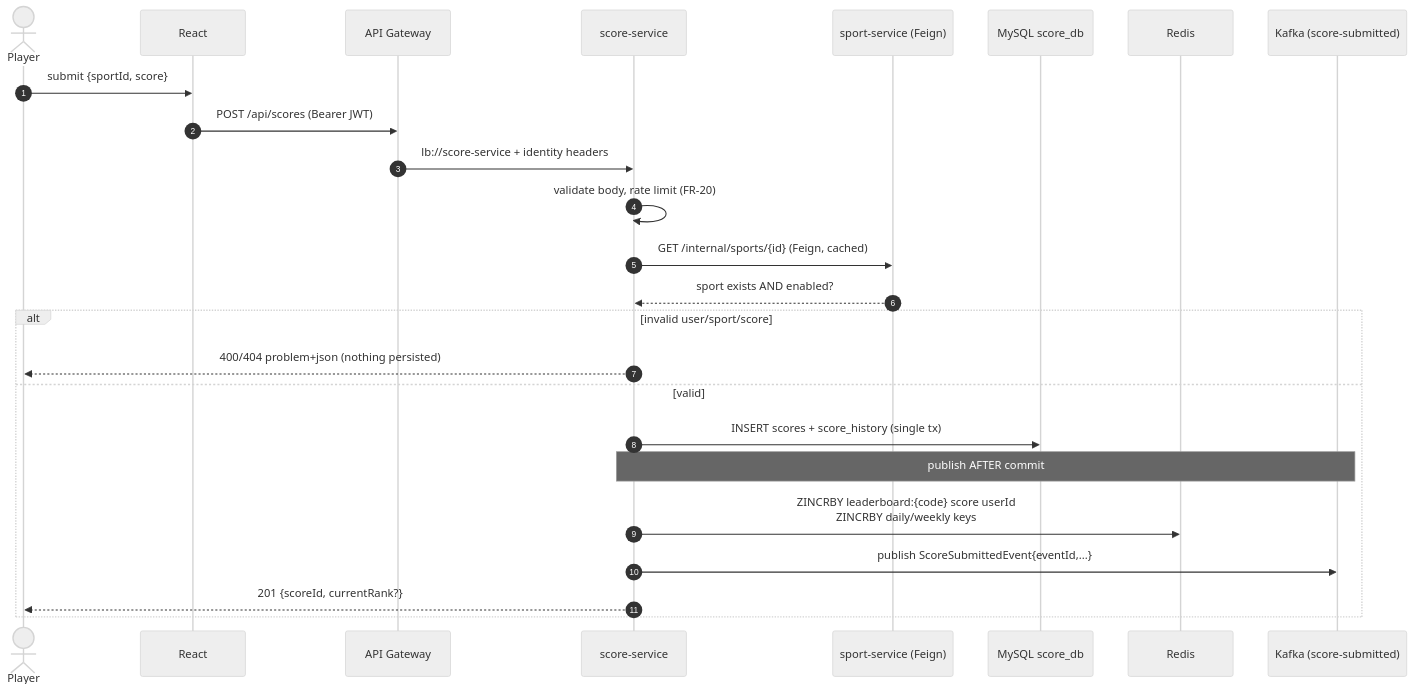
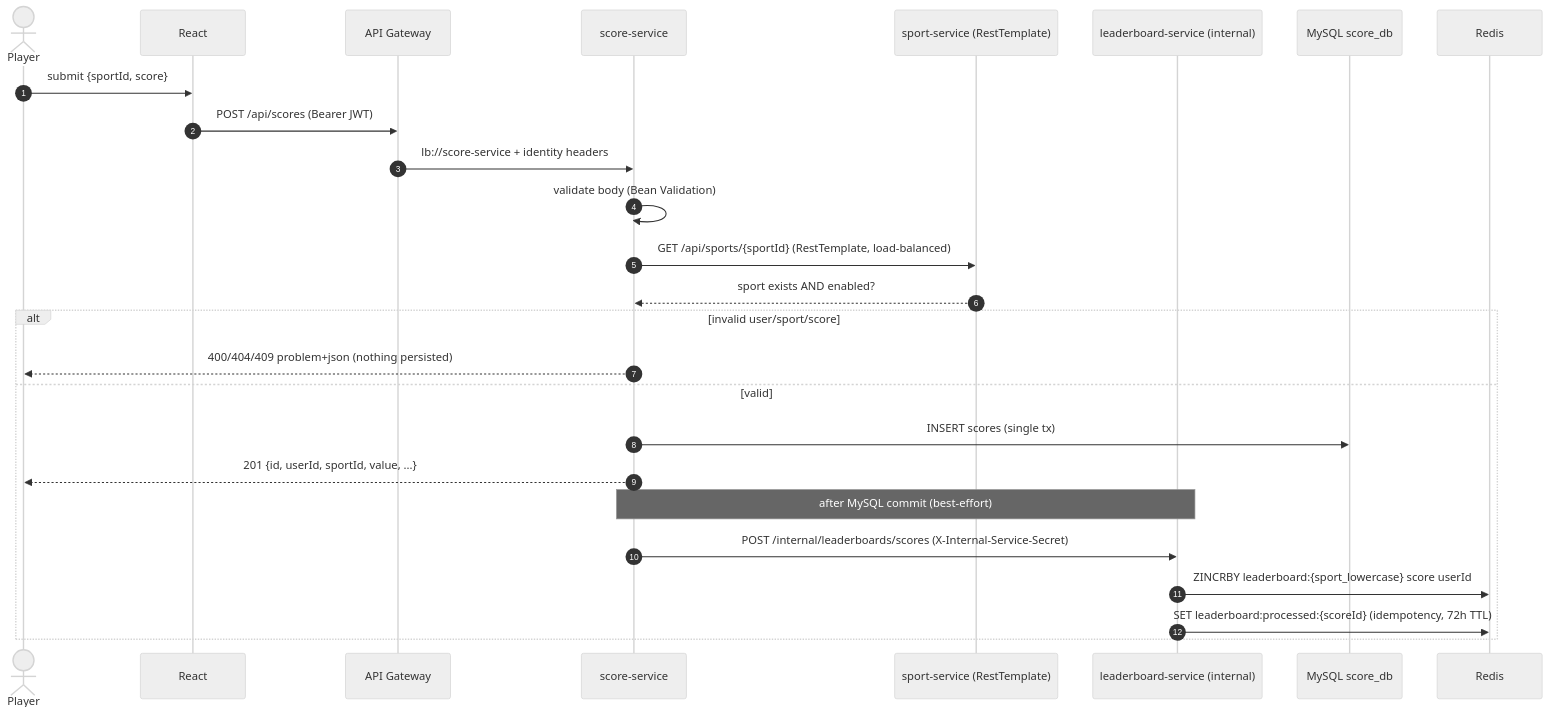
The fourth of 13 diagrams in APPFLOW.md (Prutwi17/real-time-leaderboard), drawn with Mermaid (neutral theme) before and after one commit. The commit also changed other lines of this file and 54 other files, not shown here.

````diff
--- a/APPFLOW.md
+++ b/APPFLOW.md
@@ -93,28 +93,29 @@
 ```mermaid
 sequenceDiagram
     autonumber
     actor U as Player
     participant R as React
     participant GW as API Gateway
     participant SC as score-service
-    participant SP as sport-service (Feign)
+    participant SP as sport-service (RestTemplate)
+    participant LB as leaderboard-service (internal)
     participant MY as MySQL score_db
     participant RD as Redis
-    participant K as Kafka (score-submitted)
 
     U->>R: submit {sportId, score}
     R->>GW: POST /api/scores (Bearer JWT)
     GW->>SC: lb://score-service + identity headers
-    SC->>SC: validate body, rate limit (FR-20)
-    SC->>SP: GET /internal/sports/{id} (Feign, cached)
+    SC->>SC: validate body (Bean Validation)
+    SC->>SP: GET /api/sports/{sportId} (RestTemplate, load-balanced)
     SP-->>SC: sport exists AND enabled?
     alt invalid user/sport/score
-        SC-->>U: 400/404 problem+json (nothing persisted)
+        SC-->>U: 400/404/409 problem+json (nothing persisted)
     else valid
-        SC->>MY: INSERT scores + score_history (single tx)
-        Note over SC,K: publish AFTER commit
-        SC->>RD: ZINCRBY leaderboard:{code} score userId<br/>ZINCRBY daily/weekly keys
-        SC->>K: publish ScoreSubmittedEvent{eventId,...}
-        SC-->>U: 201 {scoreId, currentRank?}
+        SC->>MY: INSERT scores (single tx)
+        SC-->>U: 201 {id, userId, sportId, value, ...}
+        Note over SC,LB: after MySQL commit (best-effort)
+        SC->>LB: POST /internal/leaderboards/scores (X-Internal-Service-Secret)
+        LB->>RD: ZINCRBY leaderboard:{sport_lowercase} score userId
+        LB->>RD: SET leaderboard:processed:{scoreId} (idempotency, 72h TTL)
     end
 ```
````
